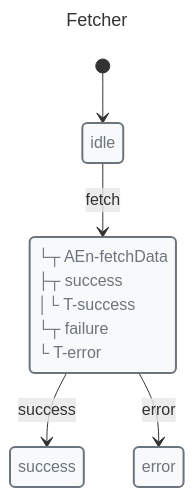
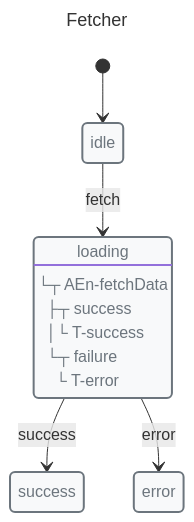
Before and after one commit to Masquerade-Circus/x-robot: the fourth of 5 diagrams in docs/guides/getting-started.md, drawn with Mermaid. The commit also changed other lines of this file and 123 other files, not shown here.

Commit message:
refactor: improve mermaid code

````diff
--- a/docs/guides/getting-started.md
+++ b/docs/guides/getting-started.md
@@ -161,30 +161,31 @@
 ```mermaid
 ---
 title: Fetcher
 ---
 
 stateDiagram-v2
+direction TB
 
 classDef danger fill:#f8d7da,stroke:#721c24,stroke-width:2px,text-align:left,color:#721c24
 classDef warning fill:#fff3cd,stroke:#856404,stroke-width:2px,text-align:left,color:#856404
 classDef success fill:#d4edda,stroke:#155724,stroke-width:2px,text-align:left,color:#155724
 classDef primary fill:#cce5ff,stroke:#004085,stroke-width:2px,text-align:left,color:#004085
 classDef info fill:#d1ecf1,stroke:#0c5460,stroke-width:2px,text-align:left,color:#0c5460
 classDef def fill:#f8f9fa,stroke:#6c757d,stroke-width:2px,text-align:left,color:#6c757d
 
-state idle
-state loading
-state success
-state error
+state "idle" as idle
+state "loading" as loading
+state "success" as success
+state "error" as error
 class idle def
 class loading def
 class success def
 class error def
 
-loading: └┬ AEn-fetchData<br> ├┬ success<br> │└ T-success<br> └┬ failure<br>  └ T-error
+loading: └┬ AEn-fetchData<br> ├┬ success<br> │└ T-success<br> └┬ failure<br>  └ T-error
 
 [*] --> idle
 idle --> loading: fetch
 loading --> success: success
 loading --> error: error
 ```
````
